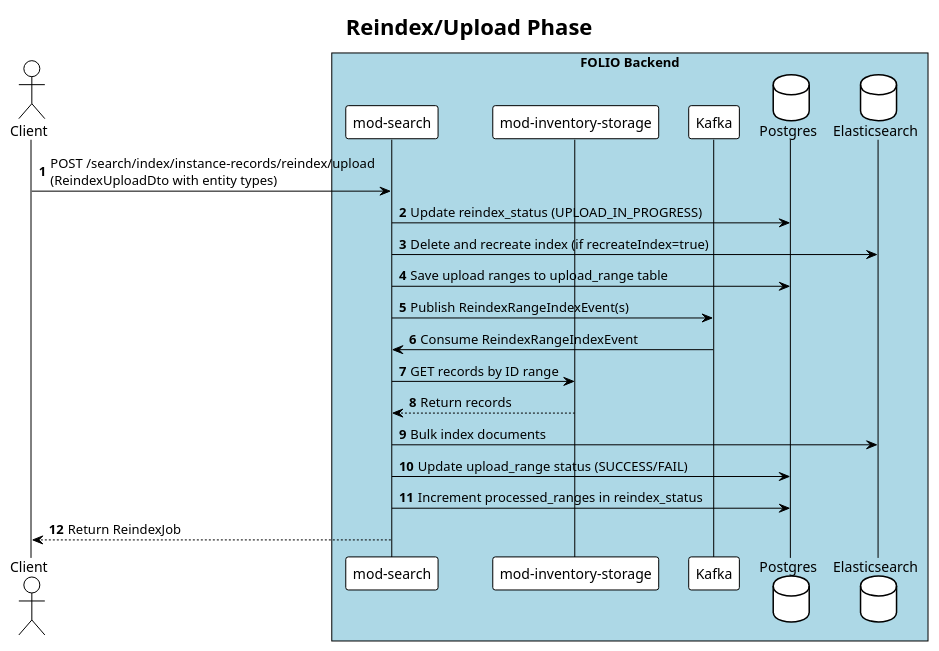
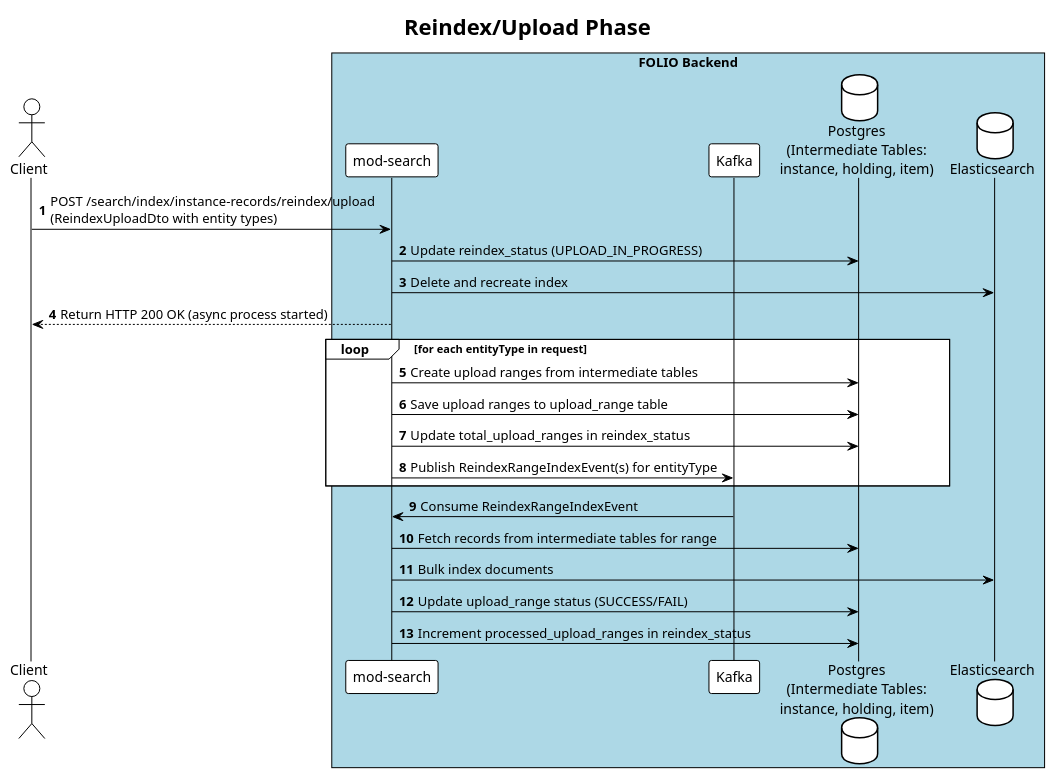
Before and after one commit to folio-org/mod-search: the diagram in diagrams/upload.puml, drawn with PlantUML. The commit also changed 4 other files, not shown here.

Commit message:
docs: update README and UML diagrams for full reindex and upload phases

```diff
--- a/diagrams/upload.puml
+++ b/diagrams/upload.puml
@@ -1,50 +1,45 @@
 @startuml
 !theme plain
 title Reindex/Upload Phase
 
 actor "Client" as client
 box "FOLIO Backend" #LightBlue
-participant "mod-search" as modSearch
-participant "mod-inventory-storage" as inventoryStorage
-participant "Kafka" as kafka
-database "Postgres" as postgres
-database "Elasticsearch" as elasticsearch
+  participant "mod-search" as modSearch
+  participant "Kafka" as kafka
+  database "Postgres\n(Intermediate Tables:\ninstance, holding, item)" as postgres
+  database "Elasticsearch" as elasticsearch
 end box
 
 autonumber
 
 ' Initial API request reception
 client -> modSearch: POST /search/index/instance-records/reindex/upload\n(ReindexUploadDto with entity types)
 
-' Status update in database
+' Status update in database for requested types
 modSearch -> postgres: Update reindex_status (UPLOAD_IN_PROGRESS)
 
-' Conditional index recreation
-modSearch -> elasticsearch: Delete and recreate index (if recreateIndex=true)
+' Index recreation
+modSearch -> elasticsearch: Delete and recreate index
 
-' Create upload ranges
-modSearch -> postgres: Save upload ranges to upload_range table
+' Final response to client (Happens immediately after initial request)
+client <-- modSearch: Return HTTP 200 OK (async process started)
 
-' Publish events for ranges to Kafka
-modSearch -> kafka: Publish ReindexRangeIndexEvent(s)
+' --- Upload Phase Initialization (Async per requested entity type) ---
+loop for each entityType in request
+  ' Create upload ranges from intermediate tables based on entityType
+  modSearch -> postgres: Create upload ranges from intermediate tables
+  modSearch -> postgres: Save upload ranges to upload_range table
+  modSearch -> postgres: Update total_upload_ranges in reindex_status
 
-' Asynchronous processing
+  ' Publish upload range events to Kafka
+  modSearch -> kafka: Publish ReindexRangeIndexEvent(s) for entityType
+end
+
+' --- Upload Phase Processing (Async per range event) ---
 kafka -> modSearch: Consume ReindexRangeIndexEvent
-
-' Fetch records from storage
-modSearch -> inventoryStorage: GET records by ID range
-inventoryStorage --> modSearch: Return records
-
-' Index to Elasticsearch
+modSearch -> postgres: Fetch records from intermediate tables for range
 modSearch -> elasticsearch: Bulk index documents
-
-' Update range status
 modSearch -> postgres: Update upload_range status (SUCCESS/FAIL)
-
-' Update processed count
-modSearch -> postgres: Increment processed_ranges in reindex_status
-
-' Final response to client
-client <-- modSearch: Return ReindexJob
+modSearch -> postgres: Increment processed_upload_ranges in reindex_status
 
 @enduml
```
